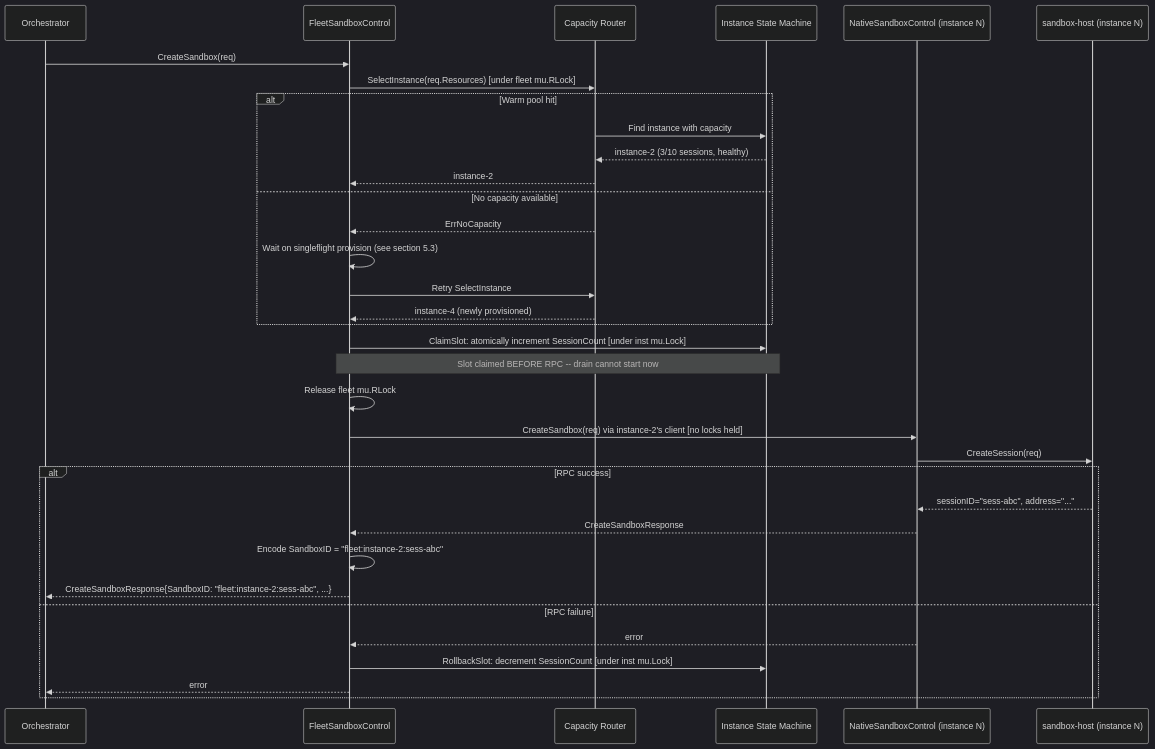
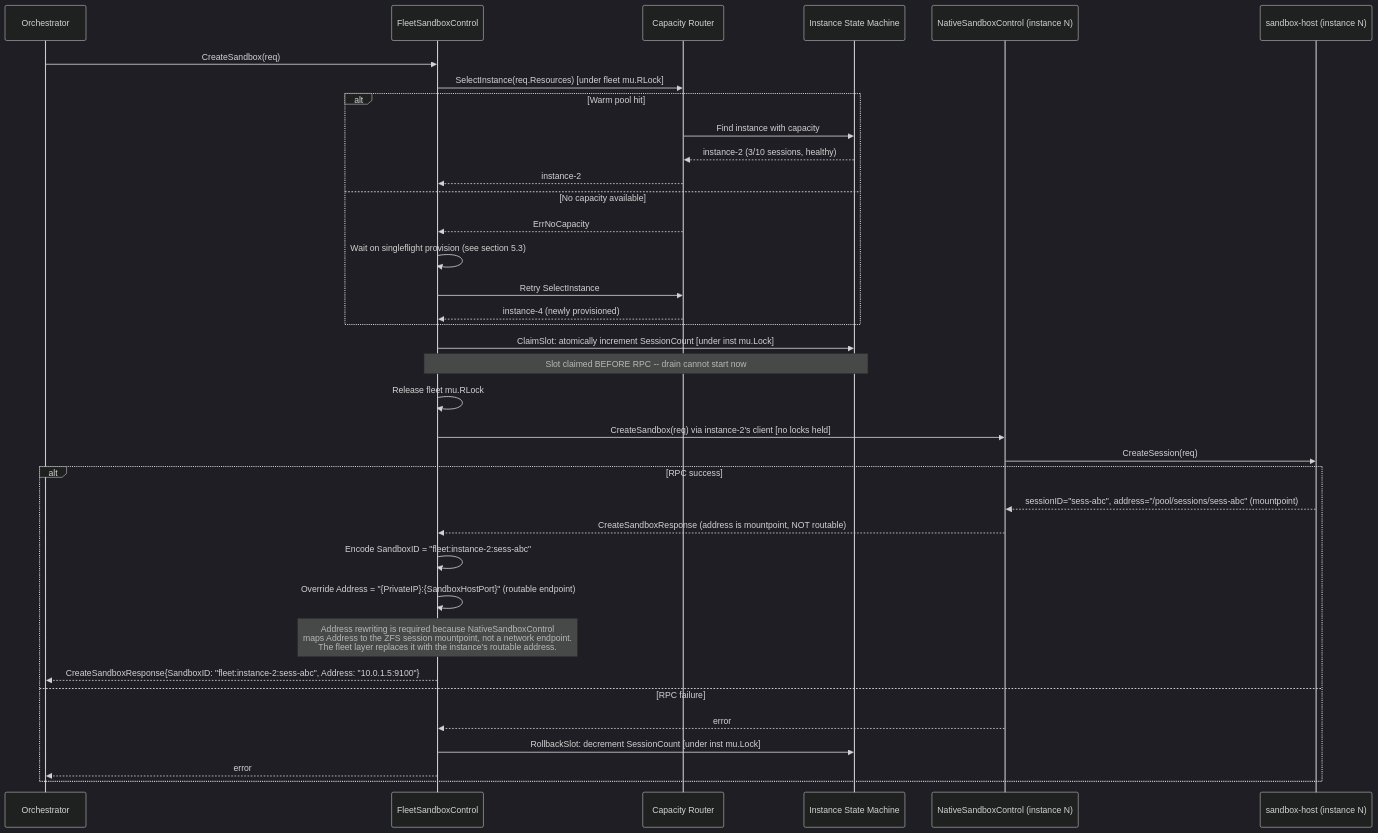
The second of 4 diagrams in docs/plans/20-fleet-management.md (dcosson/flex-agent-runtime), drawn with Mermaid (dark theme) before and after one commit. The commit also changed other lines of this file and 2 other files, not shown here.

First line of the commit message:
Incorporate seam review and R2-b feedback into fleet management plan

````diff
--- a/docs/plans/20-fleet-management.md
+++ b/docs/plans/20-fleet-management.md
@@ -464,41 +482,43 @@
 ```mermaid
 sequenceDiagram
     participant Caller as Orchestrator
     participant FSC as FleetSandboxControl
     participant RT as Capacity Router
     participant ISM as Instance State Machine
     participant NSC as NativeSandboxControl (instance N)
     participant SH as sandbox-host (instance N)
 
     Caller->>FSC: CreateSandbox(req)
     FSC->>RT: SelectInstance(req.Resources) [under fleet mu.RLock]
 
     alt Warm pool hit
         RT->>ISM: Find instance with capacity
         ISM-->>RT: instance-2 (3/10 sessions, healthy)
         RT-->>FSC: instance-2
     else No capacity available
         RT-->>FSC: ErrNoCapacity
         FSC->>FSC: Wait on singleflight provision (see section 5.3)
         FSC->>RT: Retry SelectInstance
         RT-->>FSC: instance-4 (newly provisioned)
     end
 
     FSC->>ISM: ClaimSlot: atomically increment SessionCount [under inst mu.Lock]
     Note over FSC,ISM: Slot claimed BEFORE RPC -- drain cannot start now
     FSC->>FSC: Release fleet mu.RLock
 
     FSC->>NSC: CreateSandbox(req) via instance-2's client [no locks held]
     NSC->>SH: CreateSession(req)
 
     alt RPC success
-        SH-->>NSC: sessionID="sess-abc", address="..."
-        NSC-->>FSC: CreateSandboxResponse
+        SH-->>NSC: sessionID="sess-abc", address="/pool/sessions/sess-abc" (mountpoint)
+        NSC-->>FSC: CreateSandboxResponse (address is mountpoint, NOT routable)
         FSC->>FSC: Encode SandboxID = "fleet:instance-2:sess-abc"
-        FSC-->>Caller: CreateSandboxResponse{SandboxID: "fleet:instance-2:sess-abc", ...}
+        FSC->>FSC: Override Address = "{PrivateIP}:{SandboxHostPort}" (routable endpoint)
+        Note over FSC: Address rewriting is required because NativeSandboxControl<br/>maps Address to the ZFS session mountpoint, not a network endpoint.<br/>The fleet layer replaces it with the instance's routable address.
+        FSC-->>Caller: CreateSandboxResponse{SandboxID: "fleet:instance-2:sess-abc", Address: "10.0.1.5:9100"}
     else RPC failure
         NSC-->>FSC: error
         FSC->>ISM: RollbackSlot: decrement SessionCount [under inst mu.Lock]
         FSC-->>Caller: error
     end
 ```
````
